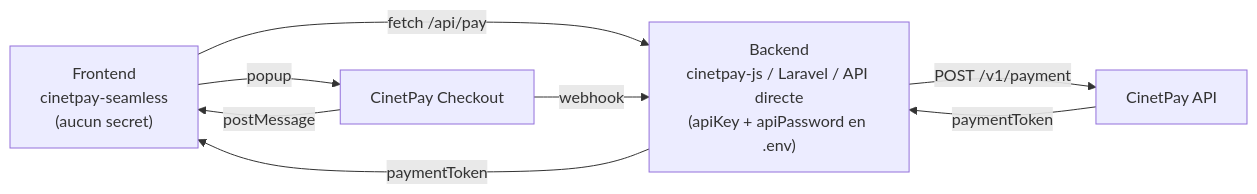
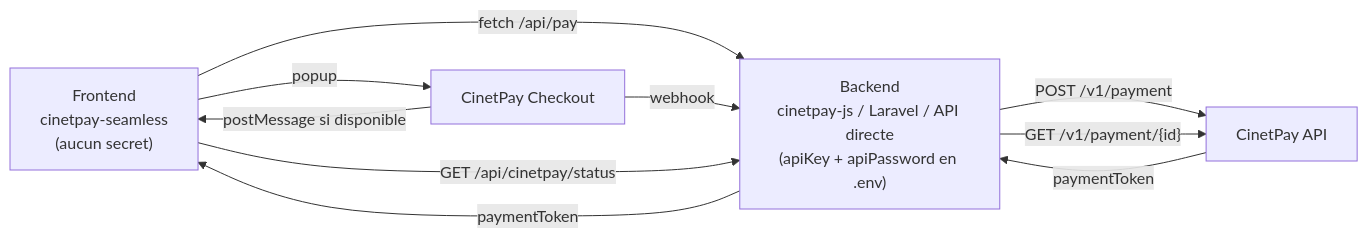
The second of 2 diagrams in README.md (cinetpay/cinetpay-seamless), drawn with Mermaid before and after one commit. The commit also changed other lines of this file and 9 other files, not shown here.

````diff
--- a/README.md
+++ b/README.md
@@ -634,10 +679,12 @@
 ```mermaid
 flowchart LR
     F["Frontend\ncinetpay-seamless\n(aucun secret)"] -->|"fetch /api/pay"| B["Backend\ncinetpay-js / Laravel / API directe\n(apiKey + apiPassword en .env)"]
     B -->|"POST /v1/payment"| C["CinetPay API"]
     C -->|"paymentToken"| B
     B -->|"paymentToken"| F
     F -->|"popup"| D["CinetPay Checkout"]
     D -->|"webhook"| B
-    D -->|"postMessage"| F
+    D -->|"postMessage si disponible"| F
+    F -->|"GET /api/cinetpay/status"| B
+    B -->|"GET /v1/payment/{id}"| C
 ```
````
